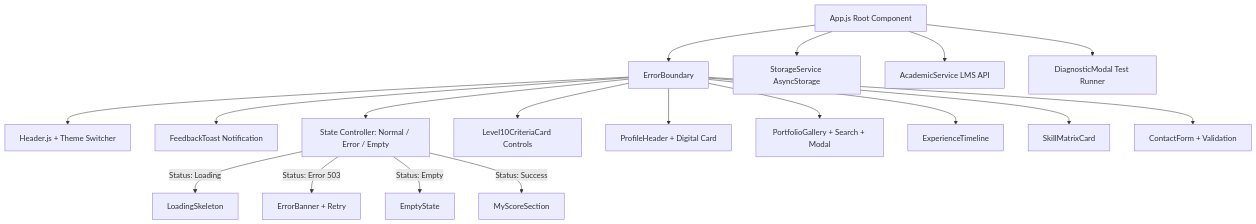
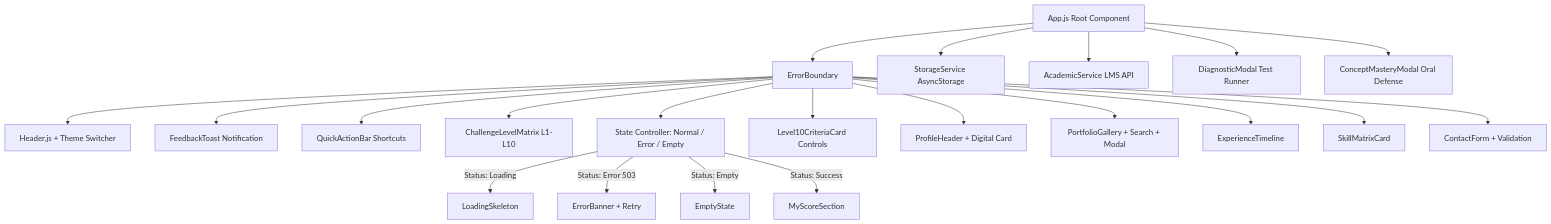
One commit to Pepeb12/cv-febrian changed the diagram in README.md. Above: the diagram before and after it, drawn with Mermaid. The commit also changed other lines of this file and 14 other files, not shown here.

Commit message:
feat(evaluation): implement challenge level matrix navigator, concept mastery oral defense assistant, quick action shortcuts, and complete rubrics alignment for UTS evaluation

````diff
--- a/README.md
+++ b/README.md
@@ -82,23 +96,26 @@
 ```mermaid
 graph TD
     App[App.js Root Component] --> EB[ErrorBoundary]
     App --> SS[StorageService AsyncStorage]
     App --> AS[AcademicService LMS API]
     App --> DM[DiagnosticModal Test Runner]
+    App --> CM[ConceptMasteryModal Oral Defense]
     
     EB --> Header[Header.js + Theme Switcher]
     EB --> Toast[FeedbackToast Notification]
+    EB --> QActions[QuickActionBar Shortcuts]
+    EB --> Matriks[ChallengeLevelMatrix L1-L10]
     EB --> ScoreCtrl[State Controller: Normal / Error / Empty]
     
     ScoreCtrl -->|Status: Loading| LS[LoadingSkeleton]
     ScoreCtrl -->|Status: Error 503| EBarn[ErrorBanner + Retry]
     ScoreCtrl -->|Status: Empty| ES[EmptyState]
     ScoreCtrl -->|Status: Success| MSS[MyScoreSection]
     
     EB --> L10Card[Level10CriteriaCard Controls]
     EB --> Profile[ProfileHeader + Digital Card]
     EB --> Gallery[PortfolioGallery + Search + Modal]
     EB --> Timeline[ExperienceTimeline]
     EB --> Skills[SkillMatrixCard]
     EB --> Contact[ContactForm + Validation]
 ```
````
